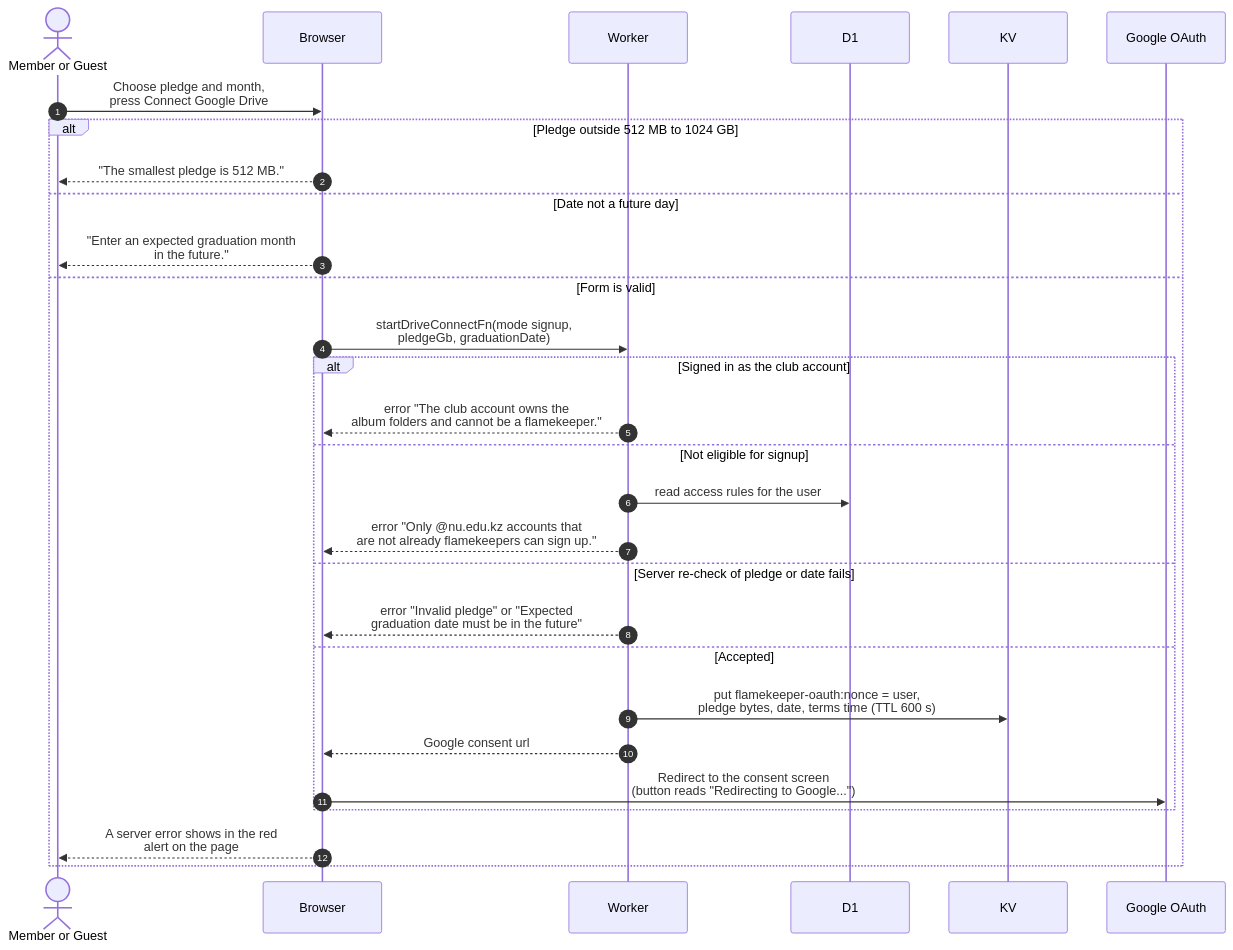
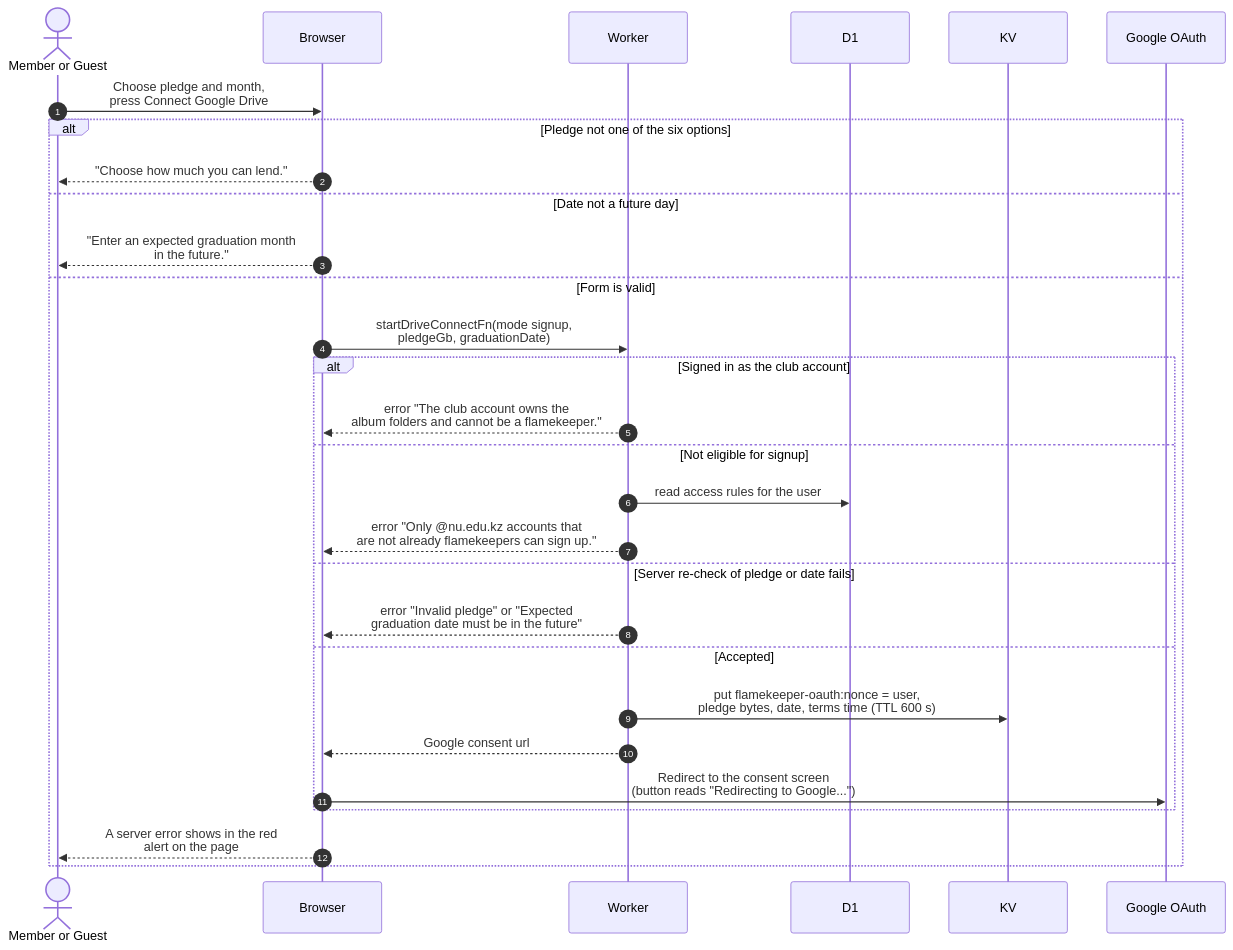
Before and after one commit to sagyzdop/meriksirat: the diagram in docs/scenarios/flamekeepers/connect-drive.md, drawn with Mermaid. The commit also changed other lines of this file and 33 other files, not shown here.

First line of the commit message:
feat(ui): public layout for non-members, pledge options, session invitation

````diff
--- a/docs/scenarios/flamekeepers/connect-drive.md
+++ b/docs/scenarios/flamekeepers/connect-drive.md
@@ -26,31 +26,31 @@
 ```mermaid
 sequenceDiagram
     autonumber
     actor P as Member or Guest
     participant Browser
     participant Worker
     participant D1
     participant KV
     participant GO as Google OAuth
     P->>Browser: Choose pledge and month,<br/>press Connect Google Drive
-    alt Pledge outside 512 MB to 1024 GB
-        Browser-->>P: "The smallest pledge is 512 MB."
+    alt Pledge not one of the six options
+        Browser-->>P: "Choose how much you can lend."
     else Date not a future day
         Browser-->>P: "Enter an expected graduation month<br/>in the future."
     else Form is valid
         Browser->>Worker: startDriveConnectFn(mode signup,<br/>pledgeGb, graduationDate)
         alt Signed in as the club account
             Worker-->>Browser: error "The club account owns the<br/>album folders and cannot be a flamekeeper."
         else Not eligible for signup
             Worker->>D1: read access rules for the user
             Worker-->>Browser: error "Only @nu.edu.kz accounts that<br/>are not already flamekeepers can sign up."
         else Server re-check of pledge or date fails
             Worker-->>Browser: error "Invalid pledge" or "Expected<br/>graduation date must be in the future"
         else Accepted
             Worker->>KV: put flamekeeper-oauth:nonce = user,<br/>pledge bytes, date, terms time (TTL 600 s)
             Worker-->>Browser: Google consent url
             Browser->>GO: Redirect to the consent screen<br/>(button reads "Redirecting to Google...")
         end
         Browser-->>P: A server error shows in the red<br/>alert on the page
     end
 ```
````
